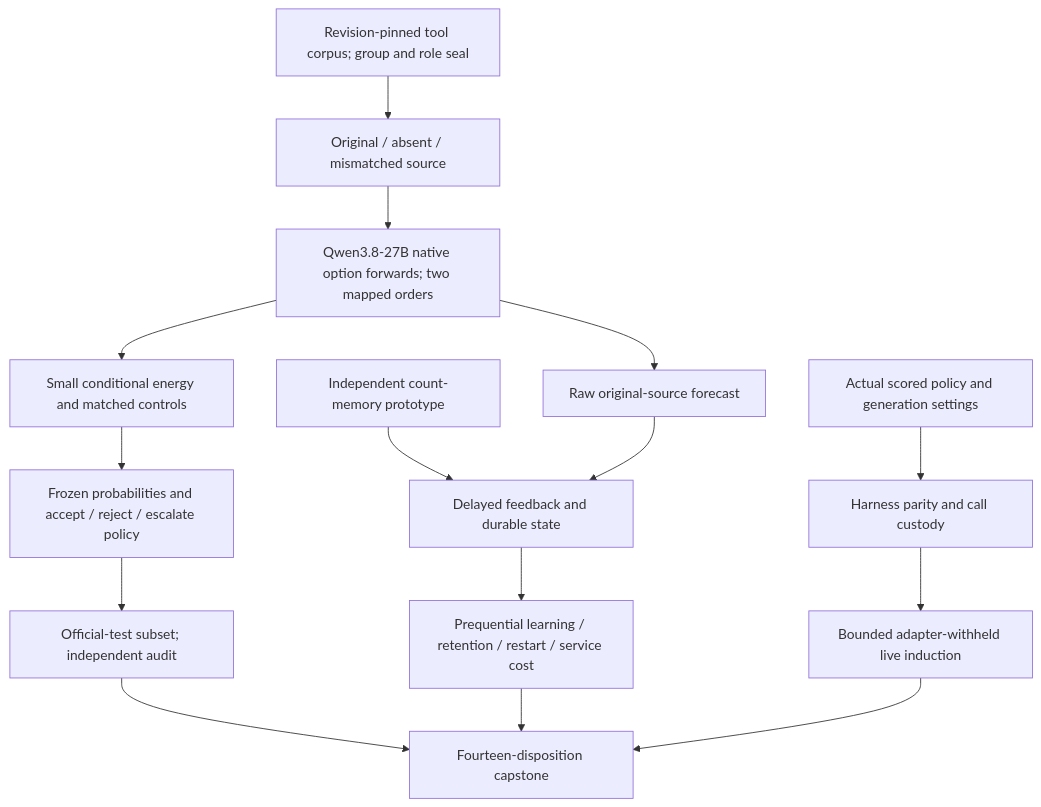
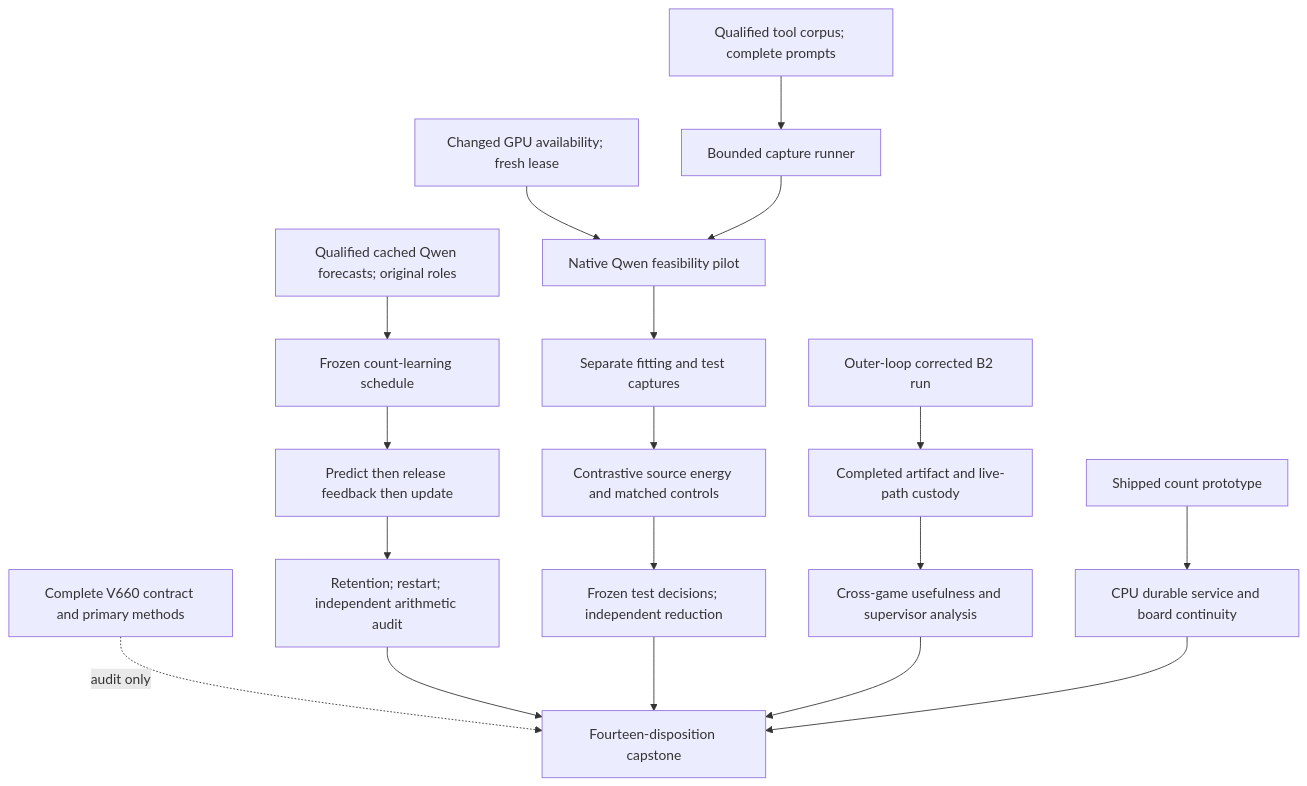
The first of 2 diagrams in openspec/change-proposals/research-roadmap-vNEXT.md (Carnot-EBM/carnot-ebm), drawn with Mermaid before and after one commit. The commit also changed other lines of this file and 15 other files, not shown here.

````diff
--- a/openspec/change-proposals/research-roadmap-vNEXT.md
+++ b/openspec/change-proposals/research-roadmap-vNEXT.md
@@ -80,17 +81,20 @@
 ```mermaid
 flowchart TD
-    A[Revision-pinned tool corpus; group and role seal] --> B[Original / absent / mismatched source]
-    B --> C[Qwen3.8-27B native option forwards; two mapped orders]
-    C --> D[Small conditional energy and matched controls]
-    D --> E[Frozen probabilities and accept / reject / escalate policy]
-    E --> F[Official-test subset; independent audit]
-    C --> G[Raw original-source forecast]
-    H[Independent count-memory prototype] --> I[Delayed feedback and durable state]
+    C[Complete V660 contract and primary methods] -. audit only .-> R[Fourteen-disposition capstone]
+    A[Qualified cached Qwen forecasts; original roles] --> B[Frozen count-learning schedule]
+    B --> D[Predict then release feedback then update]
+    D --> E[Retention; restart; independent arithmetic audit]
+    F[Qualified tool corpus; complete prompts] --> G[Bounded capture runner]
+    H[Changed GPU availability; fresh lease] --> I[Native Qwen feasibility pilot]
     G --> I
-    I --> J[Prequential learning / retention / restart / service cost]
-    K[Actual scored policy and generation settings] --> L[Harness parity and call custody]
-    L --> M[Bounded adapter-withheld live induction]
-    F --> N[Fourteen-disposition capstone]
-    J --> N
-    M --> N
+    I --> J[Separate fitting and test captures]
+    J --> K[Contrastive source energy and matched controls]
+    K --> L[Frozen test decisions; independent reduction]
+    M[Outer-loop corrected B2 run] --> N[Completed artifact and live-path custody]
+    N --> O[Cross-game usefulness and supervisor analysis]
+    P[Shipped count prototype] --> Q[CPU durable service and board continuity]
+    E --> R
+    L --> R
+    O --> R
+    Q --> R
 ```
````
